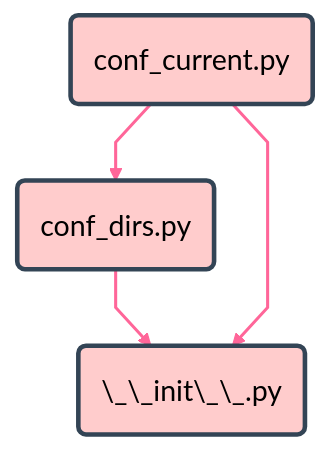
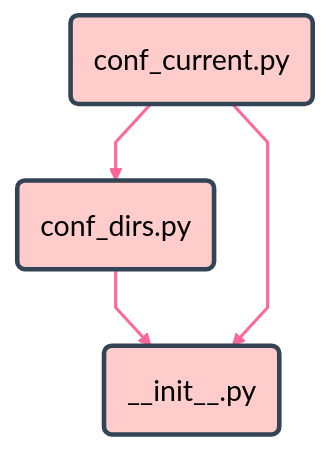
One commit to nyosak/article-zenn-doc changed the third of 6 diagrams in articles/70530_publish_zenn_qiita-16575.md. Above: the diagram before and after it, drawn with Mermaid. The commit also changed other lines of this file, not shown here.

````diff
--- a/articles/70530_publish_zenn_qiita-16575.md
+++ b/articles/70530_publish_zenn_qiita-16575.md
@@ -488,22 +492,22 @@
 ```mermaid
 %%{init:
 	{
 		"theme": "forest",
 		"logLevel": 2,
 		"flowchart": { "curve": "linear" }
 	}
 }%%
 
 flowchart TB
 
-init_py("\_\_init\_\_.py")
+init_py("#95;#95;init#95;#95;.py")
 conf_dirs(conf_dirs.py)
 conf_current(conf_current.py)
 
 conf_current --> conf_dirs --> init_py
 conf_current ---> init_py
 
 linkStyle default color:#936, stroke:#f69, stroke-width:2px;
 classDef default fill:#fcc, stroke:#345, stroke-width:3px, font-size:14pt;
 
 ```
````
